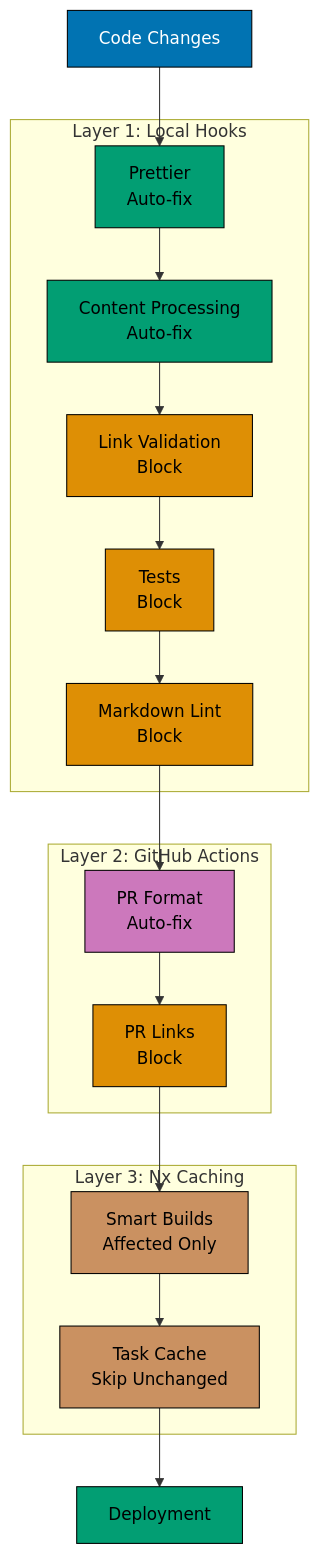
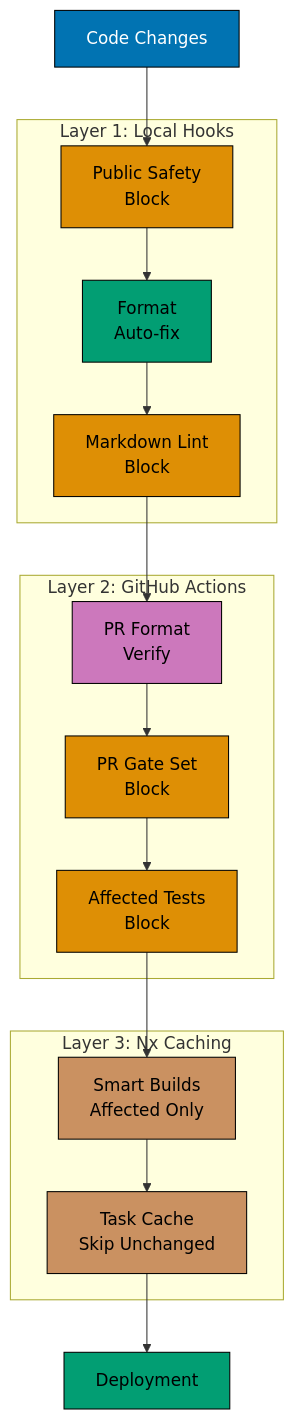
The fourth of 4 diagrams in docs/reference/system-architecture/ci-cd.md (wahidyankf/ose-public), drawn with Mermaid before and after one commit. The commit also changed other lines of this file and 118 other files, not shown here.

Commit message:
docs: correct stale gate claims and enforce readme child links

````diff
--- a/docs/reference/system-architecture/ci-cd.md
+++ b/docs/reference/system-architecture/ci-cd.md
@@ -363,51 +364,49 @@
 ```mermaid
 graph TB
     accTitle: Quality Assurance Layers
-    accDescr: Code Changes leads to Prettier Auto-fix; Prettier Auto-fix leads to Content Processing Auto-fix; Content Processing Auto-fix leads to Link Validation Block; Link Validation Block leads to Tests Block; and 6 more links.
+    accDescr: Code Changes leads to Public Safety Block; Public Safety Block leads to Format Auto-fix; Format Auto-fix leads to Markdown Lint Block; Markdown Lint Block leads to PR Format Verify; and 5 more links.
     CODE[Code Changes]
 
     subgraph "Layer 1: Local Hooks"
-        L1_FORMAT[Prettier<br/>Auto-fix]
-        L1_CONTENT[Content Processing<br/>Auto-fix]
-        L1_LINKS[Link Validation<br/>Block]
-        L1_TEST[Tests<br/>Block]
+        L1_SAFE[Public Safety<br/>Block]
+        L1_FORMAT[Format<br/>Auto-fix]
         L1_MD[Markdown Lint<br/>Block]
     end
 
     subgraph "Layer 2: GitHub Actions"
-        L2_FORMAT[PR Format<br/>Auto-fix]
-        L2_LINKS[PR Links<br/>Block]
+        L2_FORMAT[PR Format<br/>Verify]
+        L2_POLICY[PR Gate Set<br/>Block]
+        L2_TEST[Affected Tests<br/>Block]
     end
 
     subgraph "Layer 3: Nx Caching"
         L3_BUILD[Smart Builds<br/>Affected Only]
         L3_CACHE[Task Cache<br/>Skip Unchanged]
     end
 
     DEPLOY[Deployment]
 
-    CODE --> L1_FORMAT
-    L1_FORMAT --> L1_CONTENT
-    L1_CONTENT --> L1_LINKS
-    L1_LINKS --> L1_TEST
-    L1_TEST --> L1_MD
+    CODE --> L1_SAFE
+    L1_SAFE --> L1_FORMAT
+    L1_FORMAT --> L1_MD
 
     L1_MD --> L2_FORMAT
-    L2_FORMAT --> L2_LINKS
+    L2_FORMAT --> L2_POLICY
+    L2_POLICY --> L2_TEST
 
-    L2_LINKS --> L3_BUILD
+    L2_TEST --> L3_BUILD
     L3_BUILD --> L3_CACHE
     L3_CACHE --> DEPLOY
 
     classDef blue fill:#0173B2,stroke:#000000,color:#FFFFFF
     classDef teal fill:#029E73,stroke:#000000,color:#000000
     classDef orange fill:#DE8F05,stroke:#000000,color:#000000
     classDef purple fill:#CC78BC,stroke:#000000,color:#000000
     classDef brown fill:#CA9161,stroke:#000000,color:#000000
     class CODE blue
-    class L1_FORMAT,L1_CONTENT,DEPLOY teal
-    class L1_LINKS,L1_TEST,L1_MD,L2_LINKS orange
+    class L1_FORMAT,DEPLOY teal
+    class L1_SAFE,L1_MD,L2_POLICY,L2_TEST orange
     class L2_FORMAT purple
     class L3_BUILD,L3_CACHE brown
     classDef default fill:#FFFFFF,stroke:#000000,color:#000000
 ```
````
